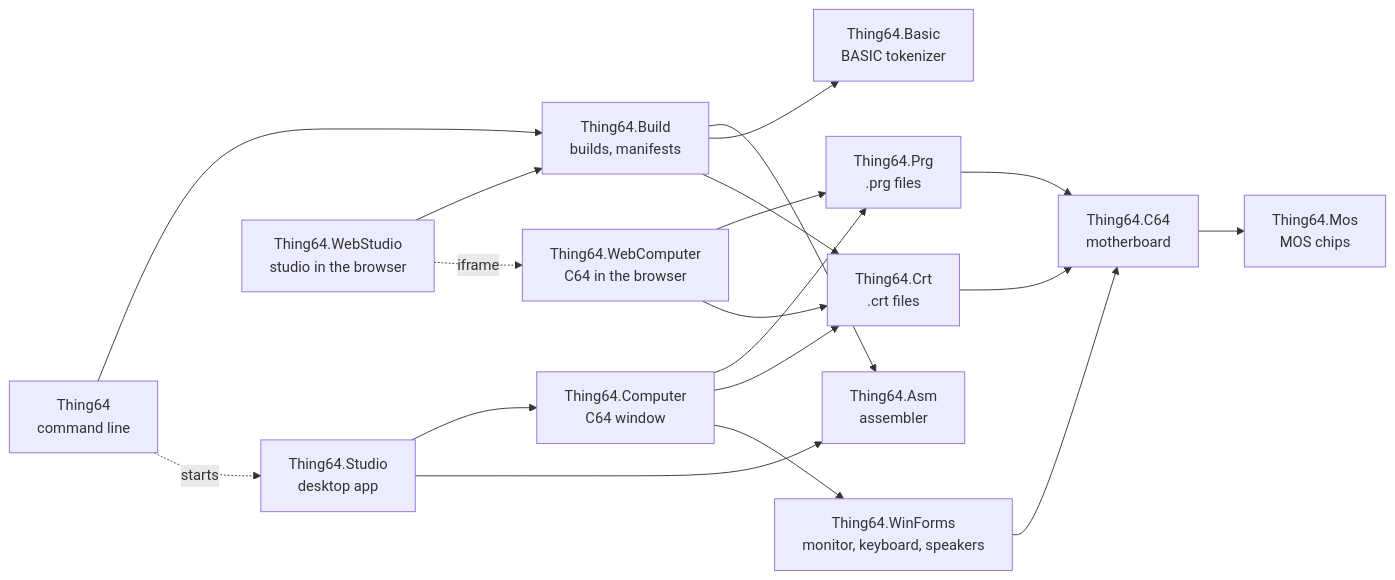
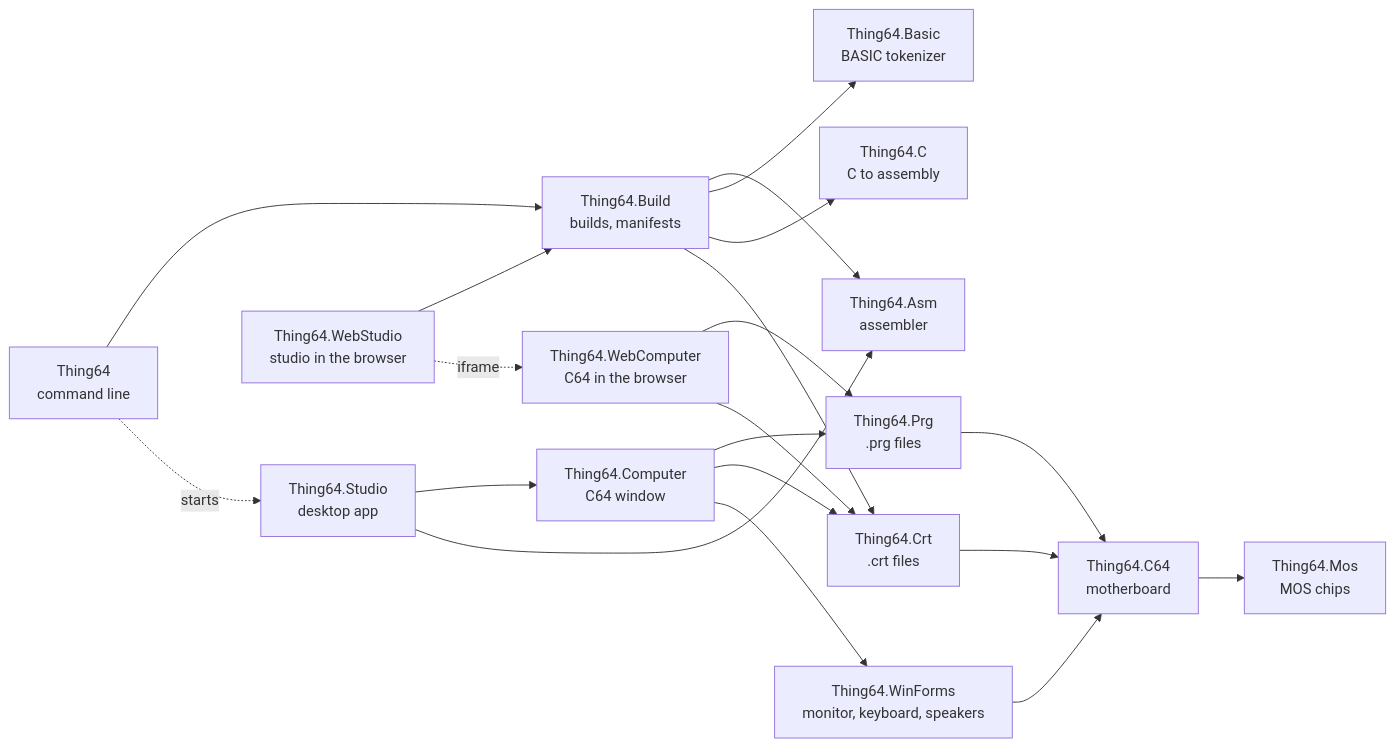
Before and after one commit to marcoparenzan/ThingRetro: the first of 2 diagrams in docs/ARCHITECTURE.md, drawn with Mermaid. The commit also changed other lines of this file and 36 other files, not shown here.

````diff
--- a/docs/ARCHITECTURE.md
+++ b/docs/ARCHITECTURE.md
@@ -9,34 +9,36 @@
 ```mermaid
 flowchart LR
     Mos[Thing64.Mos<br/>MOS chips]
     C64[Thing64.C64<br/>motherboard]
     Prg[Thing64.Prg<br/>.prg files]
     Crt[Thing64.Crt<br/>.crt files]
     Asm[Thing64.Asm<br/>assembler]
     Basic[Thing64.Basic<br/>BASIC tokenizer]
     WinForms[Thing64.WinForms<br/>monitor, keyboard, speakers]
     Computer[Thing64.Computer<br/>C64 window]
     Studio[Thing64.Studio<br/>desktop app]
     Cli[Thing64<br/>command line]
     C64 --> Mos
     Prg --> C64
     Crt --> C64
     WinForms --> C64
     Computer --> Prg
     Computer --> Crt
     Computer --> WinForms
     Studio --> Computer
     Studio --> Asm
     Build[Thing64.Build<br/>builds, manifests]
     Build --> Asm
     Build --> Basic
+    CLang[Thing64.C<br/>C to assembly]
+    Build --> CLang
     Build --> Crt
     Cli --> Build
     Cli -. starts .-> Studio
     Web[Thing64.WebComputer<br/>C64 in the browser]
     Web --> Prg
     Web --> Crt
     WebStudio[Thing64.WebStudio<br/>studio in the browser]
     WebStudio --> Build
     WebStudio -. iframe .-> Web
 ```
````
